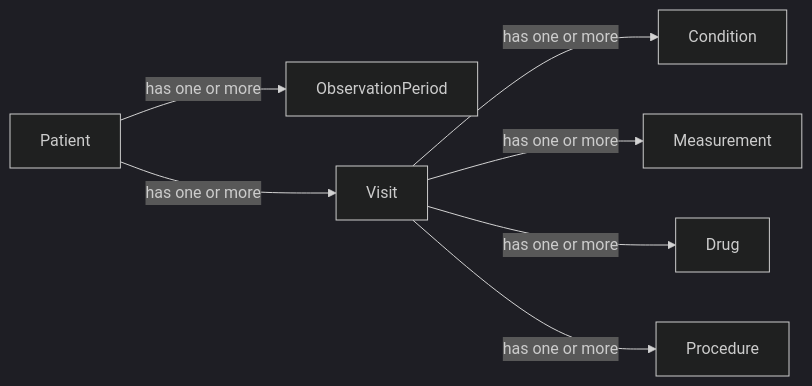
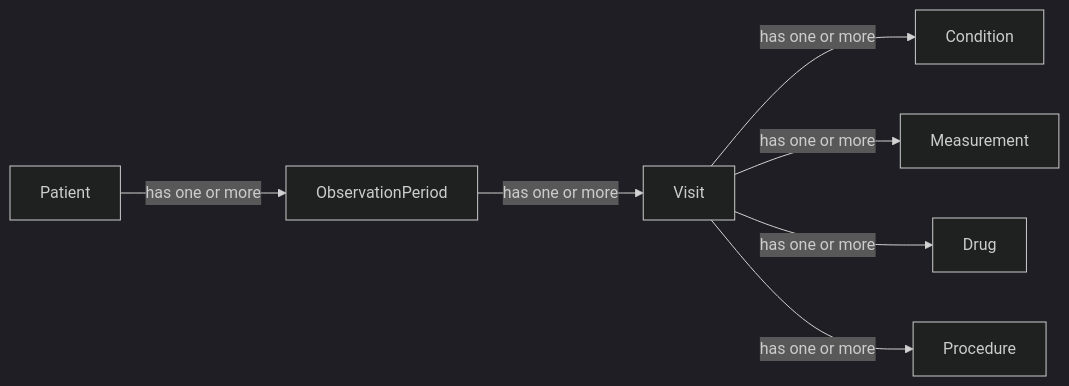
The second of 3 diagrams in Phenotyping/README.md (javier-gracia-tabuenca-tuni/docs_public), drawn with Mermaid (dark theme) before and after one commit. The commit also changed other lines of this file, not shown here.

````diff
--- a/Phenotyping/README.md
+++ b/Phenotyping/README.md
@@ -12,9 +45,9 @@
 ```mermaid
 flowchart LR
 	Patient -->|has one or more| ObservationPeriod
-	Patient -->|has one or more| Visit
+	ObservationPeriod -->|has one or more| Visit
 	Visit -->|has one or more| Condition
 	Visit -->|has one or more| Measurement
 	Visit -->|has one or more| Drug
 	Visit -->|has one or more| Procedure
 ```
````
